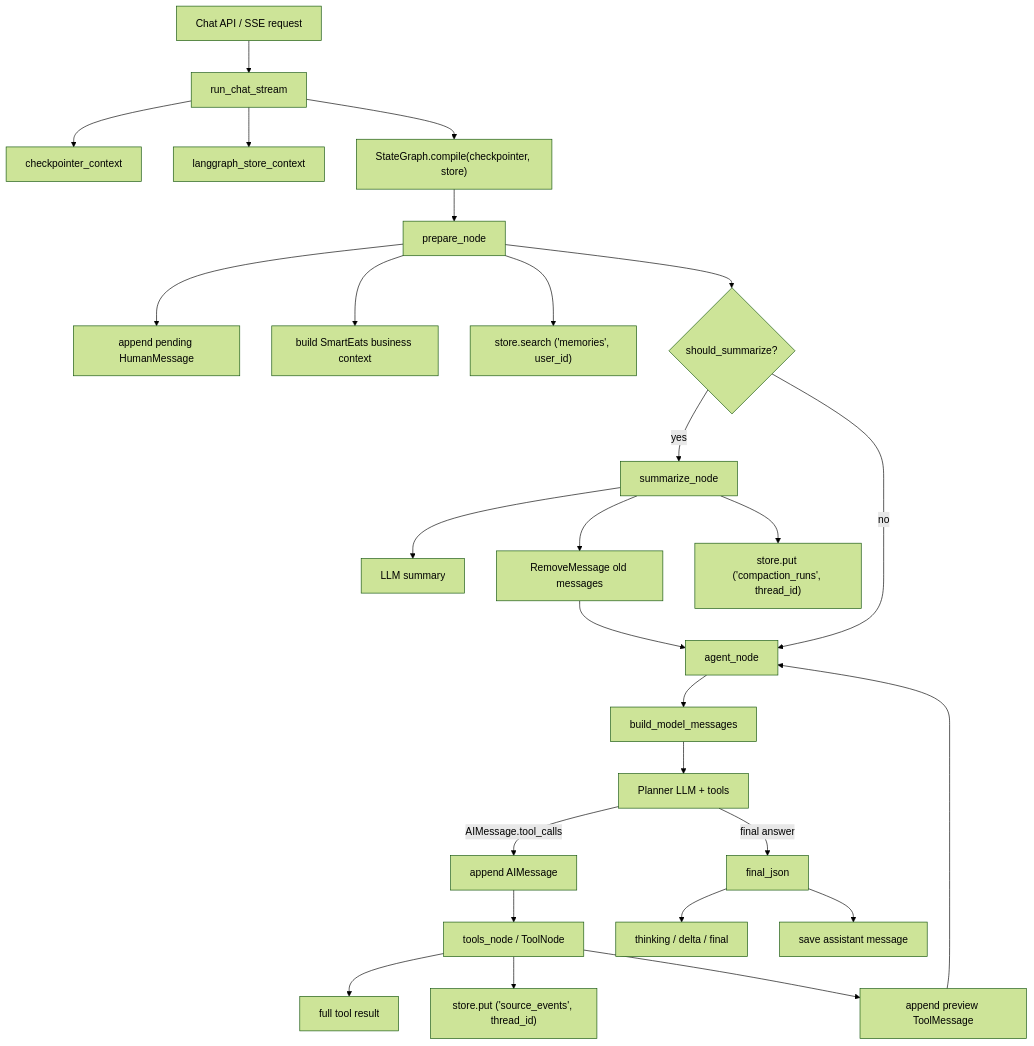
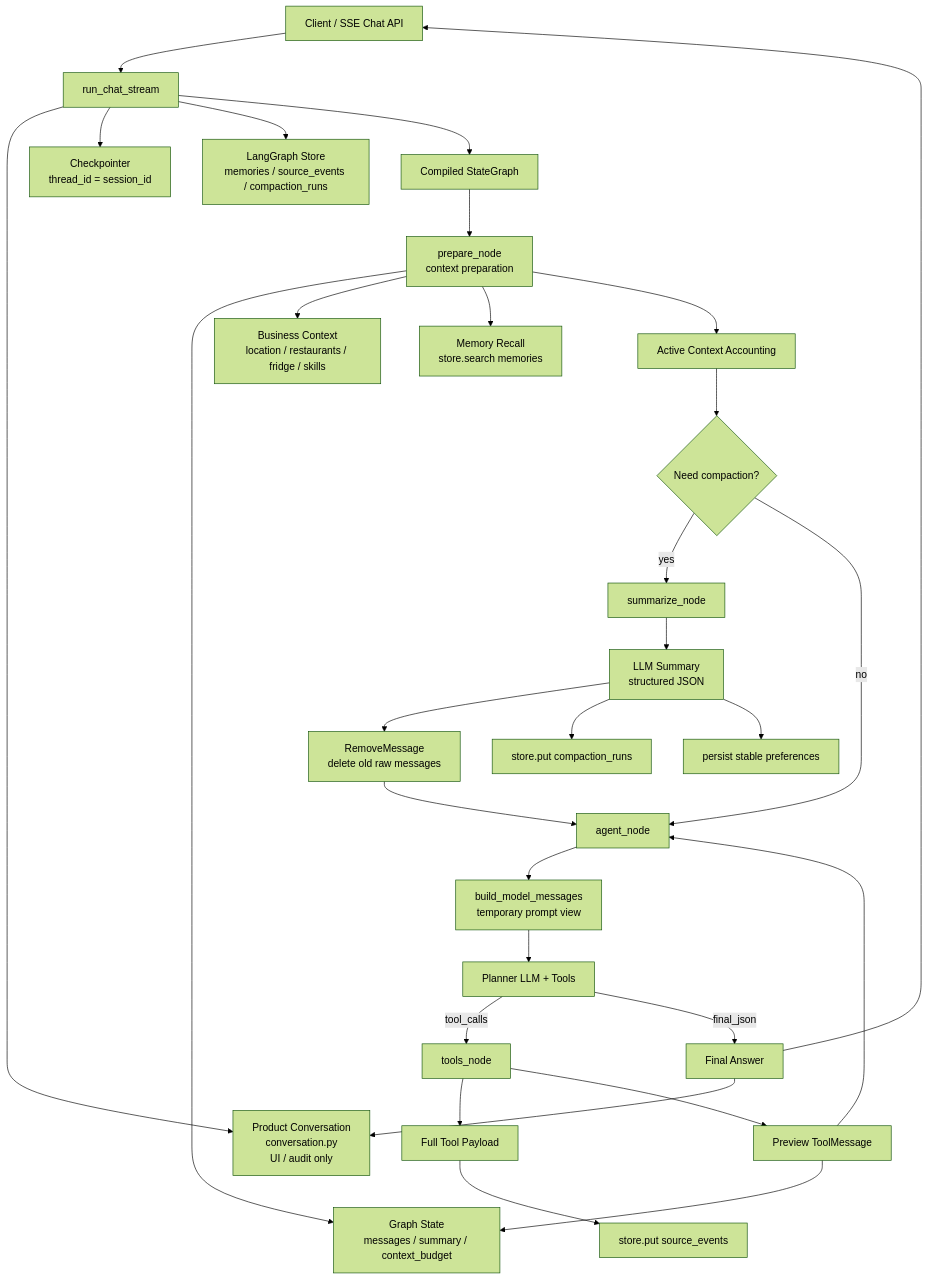
Before and after one commit to hellolml/smart-eats-ai-bakend: the first of 5 diagrams in CONTEXT_ENGINE_LEARNING_GUIDE.md, drawn with Mermaid (forest theme). The commit also changed other lines of this file and 3 other files, not shown here.

````diff
--- a/CONTEXT_ENGINE_LEARNING_GUIDE.md
+++ b/CONTEXT_ENGINE_LEARNING_GUIDE.md
@@ -70,33 +95,39 @@
 ```mermaid
 flowchart TD
-    API["Chat API / SSE request"] --> Runner["run_chat_stream"]
-    Runner --> CP["checkpointer_context"]
-    Runner --> StoreCtx["langgraph_store_context"]
-    Runner --> Compile["StateGraph.compile(checkpointer, store)"]
+    Client["Client / SSE Chat API"] --> Runner["run_chat_stream"]
 
-    Compile --> Prepare["prepare_node"]
-    Prepare --> Init["append pending HumanMessage"]
-    Prepare --> Biz["build SmartEats business context"]
-    Prepare --> MemSearch["store.search ('memories', user_id)"]
-    Prepare --> Route{"should_summarize?"}
+    Runner --> Conv["Product Conversation<br/>conversation.py<br/>UI / audit only"]
+    Runner --> CP["Checkpointer<br/>thread_id = session_id"]
+    Runner --> Store["LangGraph Store<br/>memories / source_events / compaction_runs"]
+    Runner --> Graph["Compiled StateGraph"]
 
+    Graph --> Prepare["prepare_node<br/>context preparation"]
+    Prepare --> State["Graph State<br/>messages / summary / context_budget"]
+    Prepare --> Biz["Business Context<br/>location / restaurants / fridge / skills"]
+    Prepare --> MemRecall["Memory Recall<br/>store.search memories"]
+    Prepare --> Budget["Active Context Accounting"]
+
+    Budget --> Route{"Need compaction?"}
     Route -->|yes| Summarize["summarize_node"]
-    Summarize --> LLMCompact["LLM summary"]
-    Summarize --> Remove["RemoveMessage old messages"]
-    Summarize --> CompactionStore["store.put ('compaction_runs', thread_id)"]
-    Remove --> Agent["agent_node"]
+    Summarize --> SummaryLLM["LLM Summary<br/>structured JSON"]
+    SummaryLLM --> Remove["RemoveMessage<br/>delete old raw messages"]
+    SummaryLLM --> CompactionRun["store.put compaction_runs"]
+    SummaryLLM --> MemoryExtract["persist stable preferences"]
 
-    Route -->|no| Agent
-    Agent --> BuildInput["build_model_messages"]
-    BuildInput --> Planner["Planner LLM + tools"]
-    Planner -->|AIMessage.tool_calls| ToolState["append AIMessage"]
-    ToolState --> Tools["tools_node / ToolNode"]
-    Tools --> FullResult["full tool result"]
-    Tools --> SourceStore["store.put ('source_events', thread_id)"]
-    Tools --> Preview["append preview ToolMessage"]
+    Route -->|no| Agent["agent_node"]
+    Remove --> Agent
+
+    Agent --> ModelView["build_model_messages<br/>temporary prompt view"]
+    ModelView --> LLM["Planner LLM + Tools"]
+
+    LLM -->|tool_calls| Tools["tools_node"]
+    Tools --> FullPayload["Full Tool Payload"]
+    FullPayload --> SourceEvents["store.put source_events"]
+    Tools --> Preview["Preview ToolMessage"]
+    Preview --> State
     Preview --> Agent
 
-    Planner -->|final answer| Final["final_json"]
-    Final --> SSE["thinking / delta / final"]
-    Final --> ProductHistory["save assistant message"]
+    LLM -->|final_json| Final["Final Answer"]
+    Final --> Conv
+    Final --> Client
 ```
````
